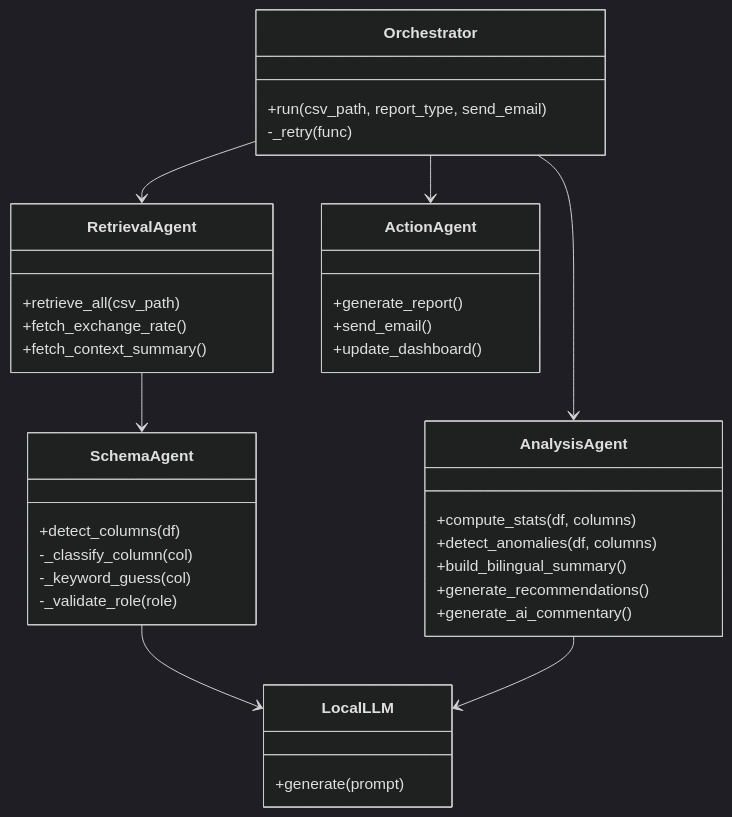
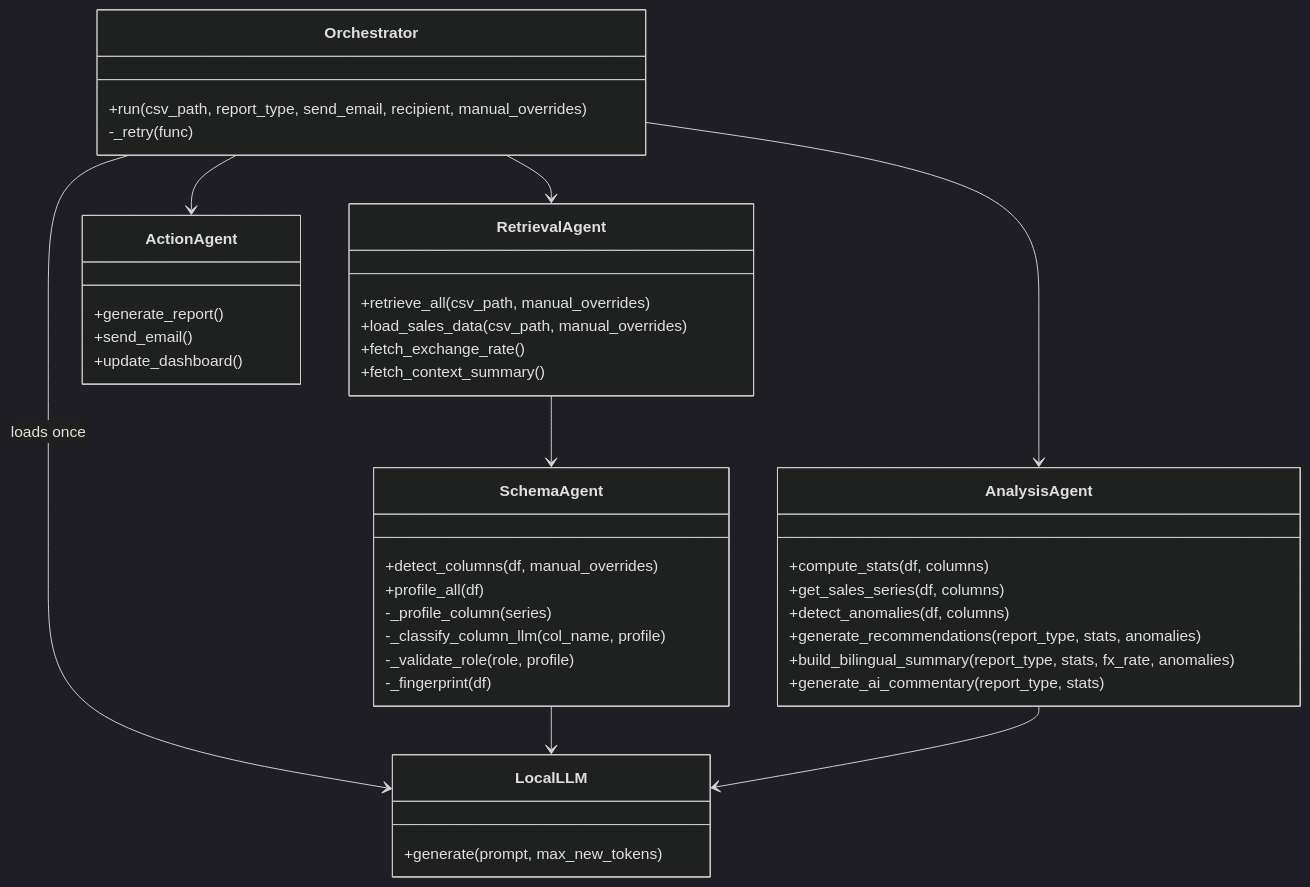
The second of 9 diagrams in README.md (Worof/-GTA-V-Worldwide-Sales-Multi-Agent-AI-System), drawn with Mermaid (dark theme) before and after one commit. The commit also changed other lines of this file, not shown here.

````diff
--- a/README.md
+++ b/README.md
@@ -91,40 +94,45 @@
 ```mermaid
 classDiagram
     class Orchestrator {
-        +run(csv_path, report_type, send_email)
+        +run(csv_path, report_type, send_email, recipient, manual_overrides)
         -_retry(func)
     }
     class RetrievalAgent {
-        +retrieve_all(csv_path)
+        +retrieve_all(csv_path, manual_overrides)
+        +load_sales_data(csv_path, manual_overrides)
         +fetch_exchange_rate()
         +fetch_context_summary()
     }
     class SchemaAgent {
-        +detect_columns(df)
-        -_classify_column(col)
-        -_keyword_guess(col)
-        -_validate_role(role)
+        +detect_columns(df, manual_overrides)
+        +profile_all(df)
+        -_profile_column(series)
+        -_classify_column_llm(col_name, profile)
+        -_validate_role(role, profile)
+        -_fingerprint(df)
     }
     class AnalysisAgent {
         +compute_stats(df, columns)
+        +get_sales_series(df, columns)
         +detect_anomalies(df, columns)
-        +build_bilingual_summary()
-        +generate_recommendations()
-        +generate_ai_commentary()
+        +generate_recommendations(report_type, stats, anomalies)
+        +build_bilingual_summary(report_type, stats, fx_rate, anomalies)
+        +generate_ai_commentary(report_type, stats)
     }
     class ActionAgent {
         +generate_report()
         +send_email()
         +update_dashboard()
     }
     class LocalLLM {
-        +generate(prompt)
+        +generate(prompt, max_new_tokens)
     }
 
+    Orchestrator --> LocalLLM : loads once
     Orchestrator --> RetrievalAgent
     Orchestrator --> AnalysisAgent
     Orchestrator --> ActionAgent
     RetrievalAgent --> SchemaAgent
     SchemaAgent --> LocalLLM
     AnalysisAgent --> LocalLLM
 ```
````
